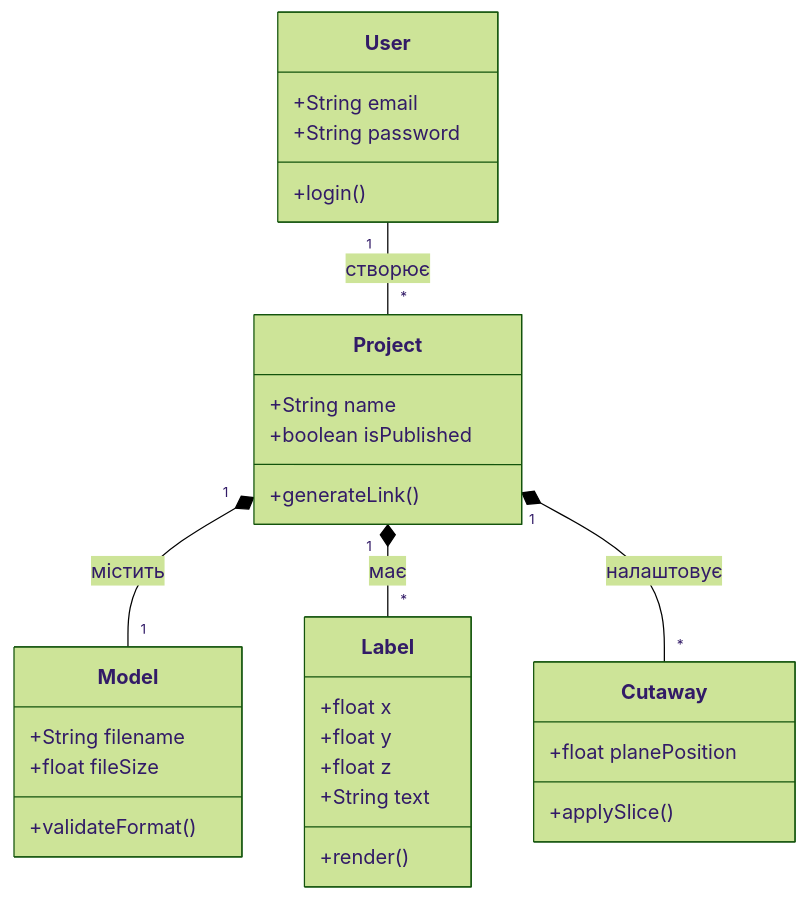
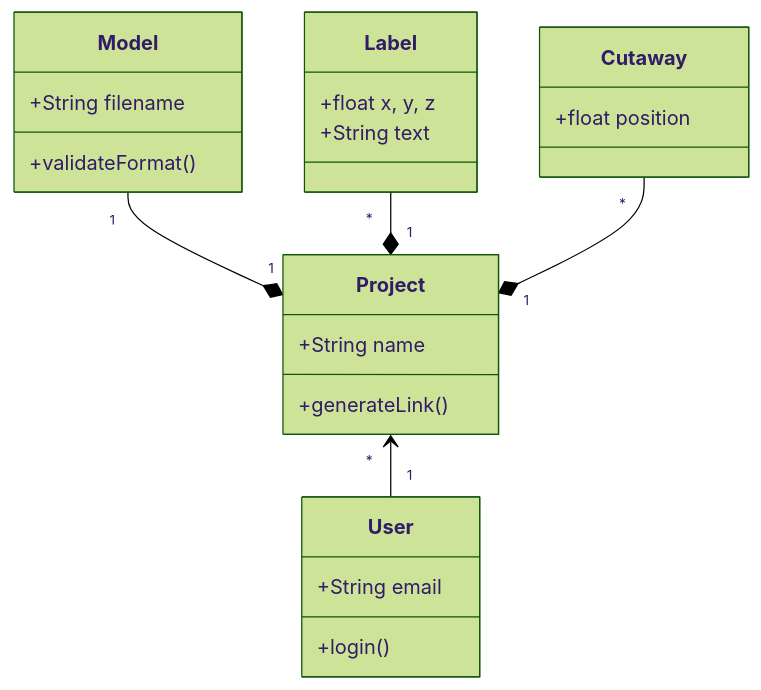
The second of 3 diagrams in lab2/README.md (tyutyunnikvira-rgb/bse-lr1-tiutiunnyk), drawn with Mermaid (forest theme) before and after one commit. The commit also changed other lines of this file, not shown here.

Commit message:
style: покращено вигляд та охайність діаграм UML

````diff
--- a/lab2/README.md
+++ b/lab2/README.md
@@ -51,34 +48,27 @@
 ```mermaid
 classDiagram
-    Project "1" *-- "1" Model : містить
-    Project "1" *-- "*" Label : має
-    Project "1" *-- "*" Cutaway : налаштовує
-    User "1" -- "*" Project : створює
-    
+    direction BT
+    Project "1" *-- "1" Model
+    Project "1" *-- "*" Label
+    Project "1" *-- "*" Cutaway
+    User "1" --> "*" Project
     class User {
         +String email
-        +String password
         +login()
     }
     class Model {
         +String filename
-        +float fileSize
         +validateFormat()
     }
     class Label {
-        +float x
-        +float y
-        +float z
+        +float x, y, z
         +String text
-        +render()
     }
     class Project {
         +String name
-        +boolean isPublished
         +generateLink()
     }
     class Cutaway {
-        +float planePosition
-        +applySlice()
+        +float position
     }
 ```
````
